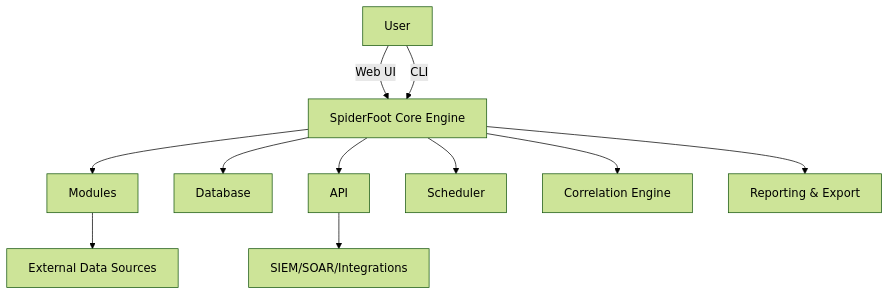
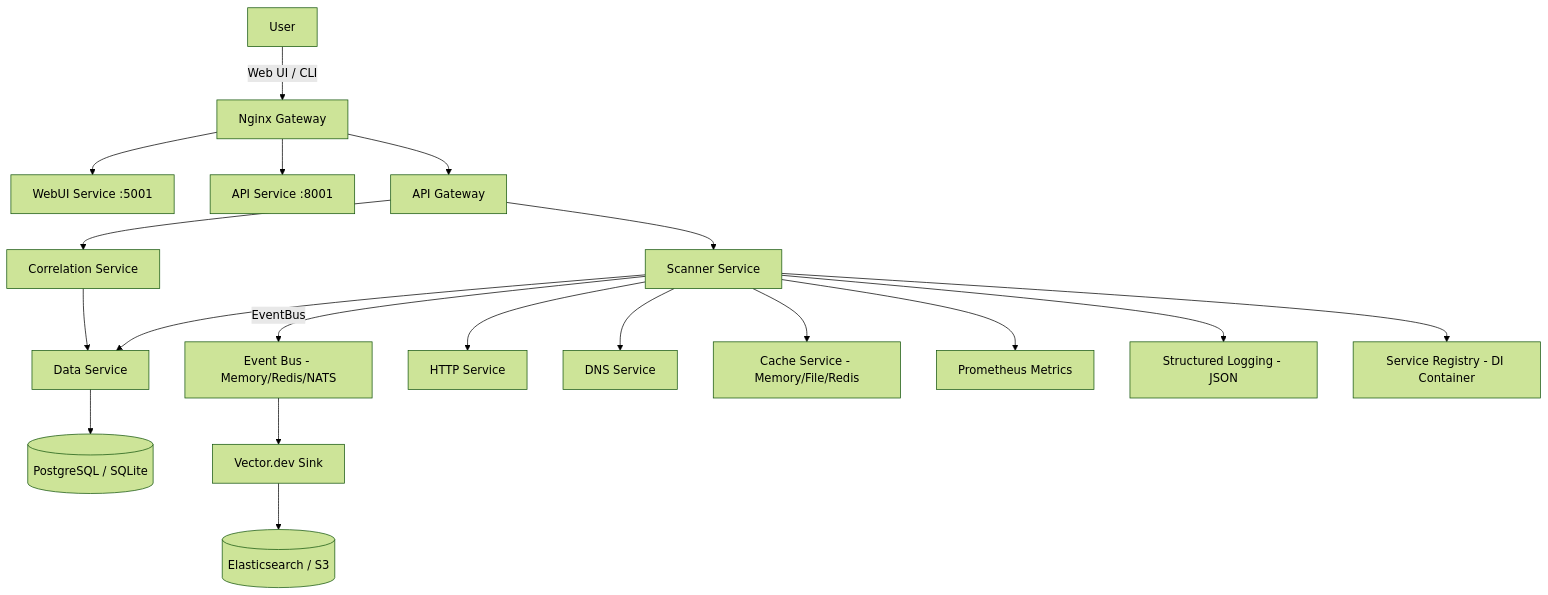
One commit to poppopjmp/spiderfoot changed the first of 3 diagrams in README.md. Above: the diagram before and after it, drawn with Mermaid (forest theme). The commit also changed other lines of this file and 2 other files, not shown here.

Commit message:
v5.10.1: README + documentation update - microservices architecture diagram, service layer table, deployment modes, ARCHITECTURE.md with full component reference and version history

````diff
--- a/README.md
+++ b/README.md
@@ -25,13 +28,21 @@
 ```mermaid
 graph TD;
-    A[User] -->|Web UI| B[SpiderFoot Core Engine];
-    A -->|CLI| B;
-    B --> C[Modules];
-    B --> D[Database];
-    B --> E[API];
-    C --> F[External Data Sources];
-    E --> G[SIEM/SOAR/Integrations];
-    B --> H[Scheduler];
-    B --> I[Correlation Engine];
-    B --> J[Reporting & Export];
+    A[User] -->|Web UI / CLI| N[Nginx Gateway];
+    N --> W[WebUI Service :5001];
+    N --> E[API Service :8001];
+    N --> GW[API Gateway];
+    GW --> S[Scanner Service];
+    GW --> CS[Correlation Service];
+    S -->|EventBus| EB[Event Bus - Memory/Redis/NATS];
+    S --> DS[Data Service];
+    CS --> DS;
+    DS --> DB[(PostgreSQL / SQLite)];
+    S --> HS[HTTP Service];
+    S --> DNS[DNS Service];
+    S --> CA[Cache Service - Memory/File/Redis];
+    EB --> VS[Vector.dev Sink];
+    VS --> ES[(Elasticsearch / S3)];
+    S --> M[Prometheus Metrics];
+    S --> SL[Structured Logging - JSON];
+    S --> SR[Service Registry - DI Container];
 ```
````
